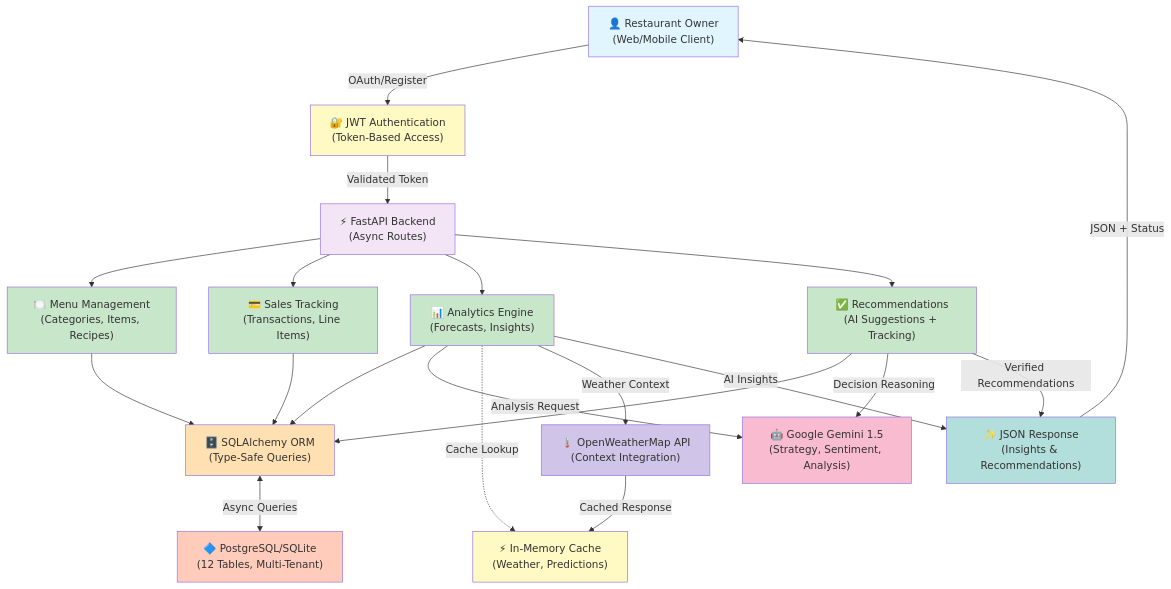
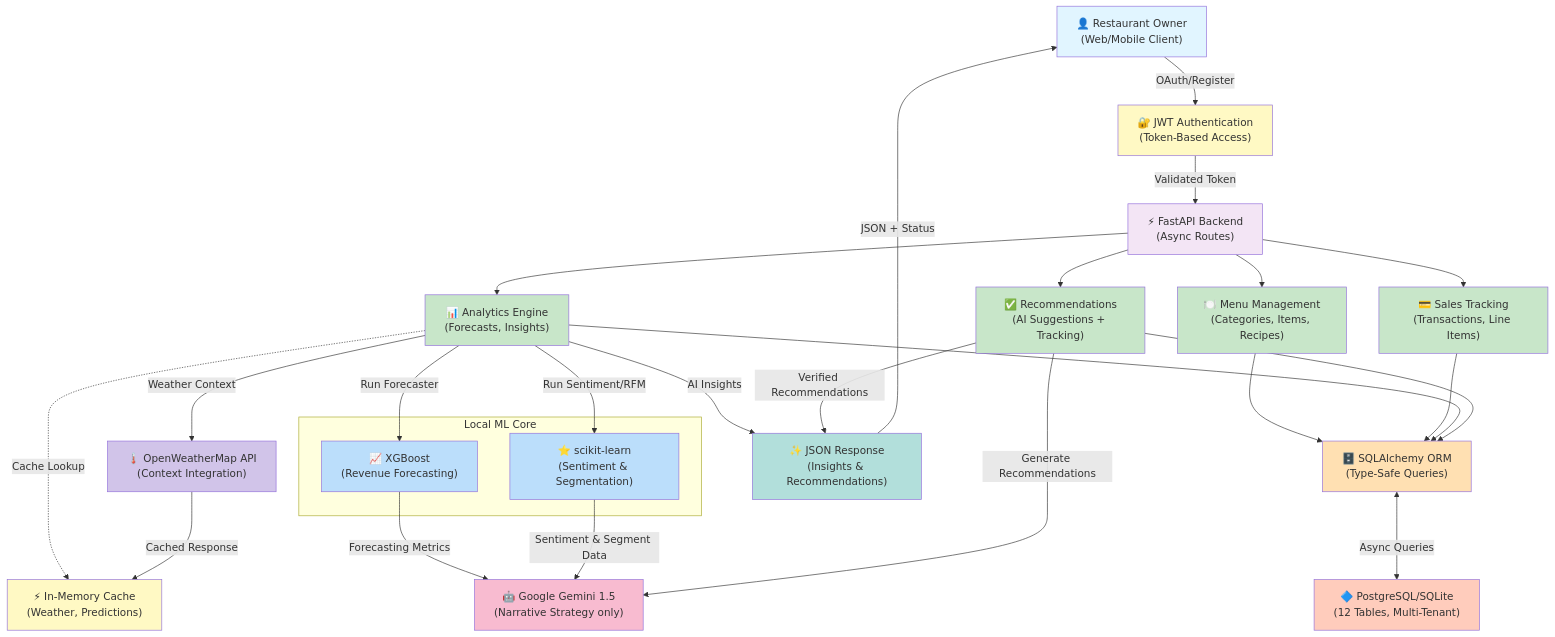
The diagram in README.md (taksh1507/OpsMind-AI-Restaurant-Operations-Intelligence-System), drawn with Mermaid before and after one commit. The commit also changed other lines of this file and 10 other files, not shown here.

````diff
--- a/README.md
+++ b/README.md
@@ -156,59 +156,71 @@
 ```mermaid
 graph TB
     User["👤 Restaurant Owner<br/>(Web/Mobile Client)"]
     Auth["🔐 JWT Authentication<br/>(Token-Based Access)"]
     FastAPI["⚡ FastAPI Backend<br/>(Async Routes)"]
     
     Router1["🍽️ Menu Management<br/>(Categories, Items, Recipes)"]
     Router2["💳 Sales Tracking<br/>(Transactions, Line Items)"]
     Router3["📊 Analytics Engine<br/>(Forecasts, Insights)"]
     Router4["✅ Recommendations<br/>(AI Suggestions + Tracking)"]
     
     SQLAlchemy["🗄️ SQLAlchemy ORM<br/>(Type-Safe Queries)"]
     Database["🔷 PostgreSQL/SQLite<br/>(12 Tables, Multi-Tenant)"]
     
-    Gemini["🤖 Google Gemini 1.5<br/>(Strategy, Sentiment, Analysis)"]
+    subgraph Local ML Core
+        XGB["📈 XGBoost<br/>(Revenue Forecasting)"]
+        Sklearn["⭐ scikit-learn<br/>(Sentiment & Segmentation)"]
+    end
+    
+    Gemini["🤖 Google Gemini 1.5<br/>(Narrative Strategy only)"]
     Weather["🌡️ OpenWeatherMap API<br/>(Context Integration)"]
     
     Cache["⚡ In-Memory Cache<br/>(Weather, Predictions)"]
     Response["✨ JSON Response<br/>(Insights & Recommendations)"]
     
     User -->|OAuth/Register| Auth
     Auth -->|Validated Token| FastAPI
     
     FastAPI --> Router1
     FastAPI --> Router2
     FastAPI --> Router3
     FastAPI --> Router4
     
     Router1 --> SQLAlchemy
     Router2 --> SQLAlchemy
     Router3 --> SQLAlchemy
     Router4 --> SQLAlchemy
     
     SQLAlchemy <-->|Async Queries| Database
     
-    Router3 -->|Analysis Request| Gemini
-    Router4 -->|Decision Reasoning| Gemini
+    Router3 -->|Run Forecaster| XGB
+    Router3 -->|Run Sentiment/RFM| Sklearn
+    
+    XGB -->|Forecasting Metrics| Gemini
+    Sklearn -->|Sentiment & Segment Data| Gemini
+    Router4 -->|Generate Recommendations| Gemini
+    
     Router3 -.->|Cache Lookup| Cache
     Router3 -->|Weather Context| Weather
     Weather -->|Cached Response| Cache
     
     Router3 -->|AI Insights| Response
     Router4 -->|Verified Recommendations| Response
     Response -->|JSON + Status| User
     
     style User fill:#e1f5ff
     style Auth fill:#fff9c4
     style FastAPI fill:#f3e5f5
     style Router1 fill:#c8e6c9
     style Router2 fill:#c8e6c9
     style Router3 fill:#c8e6c9
     style Router4 fill:#c8e6c9
     style SQLAlchemy fill:#ffe0b2
     style Database fill:#ffccbc
     style Gemini fill:#f8bbd0
     style Weather fill:#d1c4e9
     style Cache fill:#fff9c4
     style Response fill:#b2dfdb
+    style XGB fill:#bbdefb
+    style Sklearn fill:#bbdefb
 ```
````
